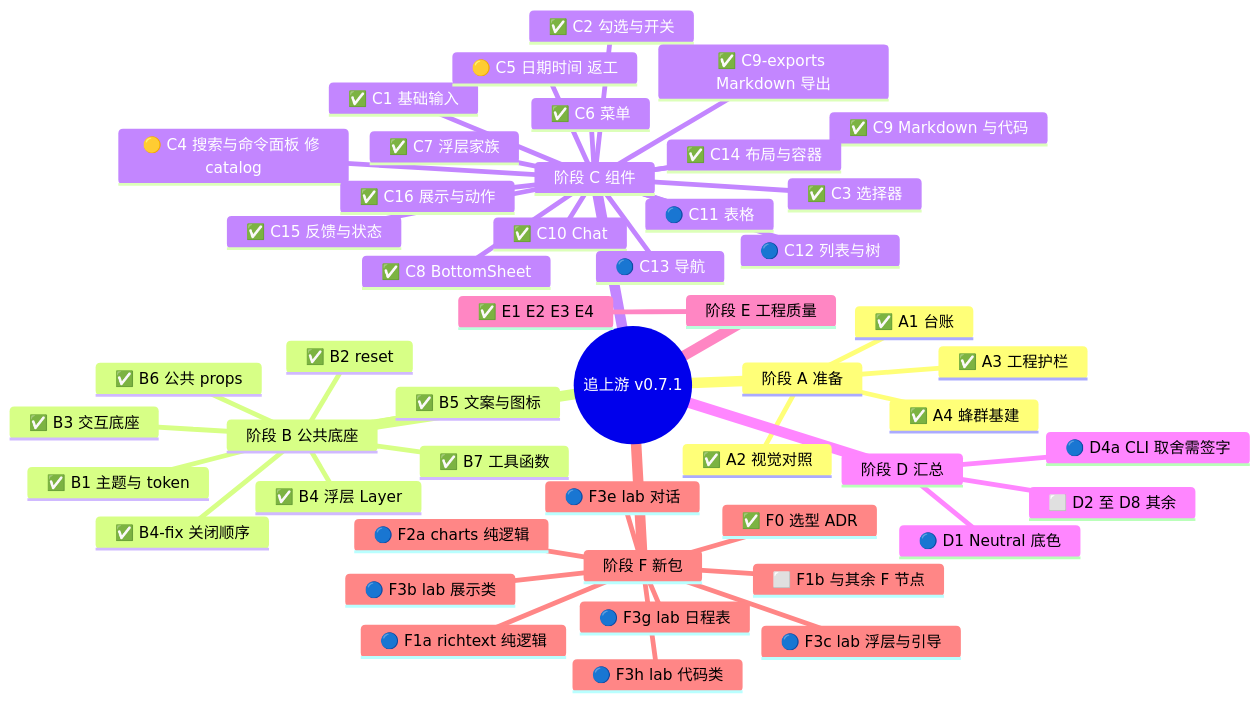
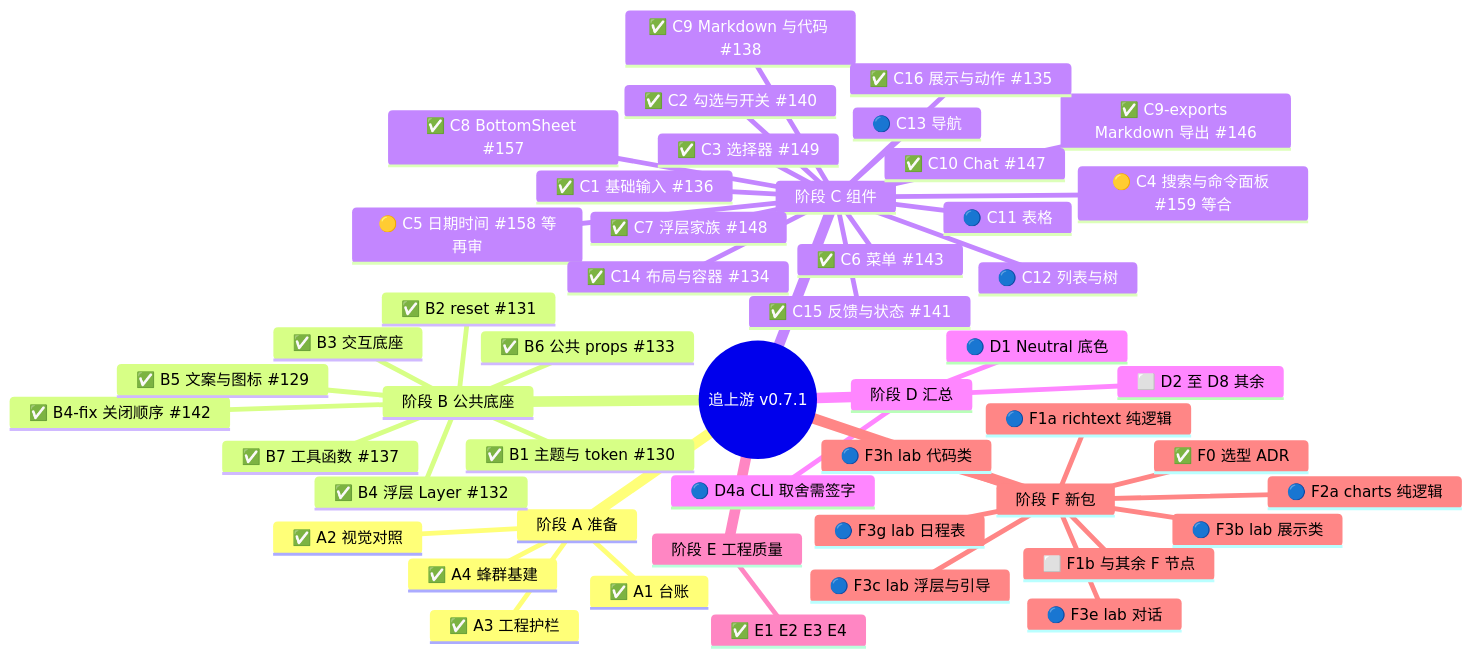
The diagram in .agents-work/upstream-sync-0.7.1/PR128-BODY.md (astryx-vue/astryx-vue), drawn with Mermaid before and after one commit. The commit also changed other lines of this file, not shown here.

````diff
--- a/.agents-work/upstream-sync-0.7.1/PR128-BODY.md
+++ b/.agents-work/upstream-sync-0.7.1/PR128-BODY.md
@@ -11,52 +19,52 @@
 ```mermaid
 mindmap
   root((追上游 v0.7.1))
     阶段 A 准备
       ✅ A1 台账
       ✅ A2 视觉对照
       ✅ A3 工程护栏
       ✅ A4 蜂群基建
     阶段 B 公共底座
-      ✅ B1 主题与 token
-      ✅ B2 reset
+      ✅ B1 主题与 token #130
+      ✅ B2 reset #131
       ✅ B3 交互底座
-      ✅ B4 浮层 Layer
-      ✅ B4-fix 关闭顺序
-      ✅ B5 文案与图标
-      ✅ B6 公共 props
-      ✅ B7 工具函数
+      ✅ B4 浮层 Layer #132
+      ✅ B4-fix 关闭顺序 #142
+      ✅ B5 文案与图标 #129
+      ✅ B6 公共 props #133
+      ✅ B7 工具函数 #137
     阶段 C 组件
-      ✅ C1 基础输入
-      ✅ C2 勾选与开关
-      ✅ C3 选择器
-      🟡 C4 搜索与命令面板 修 catalog
-      🟡 C5 日期时间 返工
-      ✅ C6 菜单
-      ✅ C7 浮层家族
-      ✅ C8 BottomSheet
-      ✅ C9 Markdown 与代码
-      ✅ C9-exports Markdown 导出
-      ✅ C10 Chat
+      ✅ C1 基础输入 #136
+      ✅ C2 勾选与开关 #140
+      ✅ C3 选择器 #149
+      🟡 C4 搜索与命令面板 #159 等合
+      🟡 C5 日期时间 #158 等再审
+      ✅ C6 菜单 #143
+      ✅ C7 浮层家族 #148
+      ✅ C8 BottomSheet #157
+      ✅ C9 Markdown 与代码 #138
+      ✅ C9-exports Markdown 导出 #146
+      ✅ C10 Chat #147
       🔵 C11 表格
       🔵 C12 列表与树
       🔵 C13 导航
-      ✅ C14 布局与容器
-      ✅ C15 反馈与状态
-      ✅ C16 展示与动作
+      ✅ C14 布局与容器 #134
+      ✅ C15 反馈与状态 #141
+      ✅ C16 展示与动作 #135
     阶段 D 汇总
       🔵 D1 Neutral 底色
       🔵 D4a CLI 取舍需签字
       ⬜ D2 至 D8 其余
     阶段 E 工程质量
       ✅ E1 E2 E3 E4
     阶段 F 新包
       ✅ F0 选型 ADR
       🔵 F1a richtext 纯逻辑
       🔵 F2a charts 纯逻辑
       🔵 F3b lab 展示类
       🔵 F3c lab 浮层与引导
       🔵 F3e lab 对话
       🔵 F3g lab 日程表
       🔵 F3h lab 代码类
       ⬜ F1b 与其余 F 节点
 ```
````
